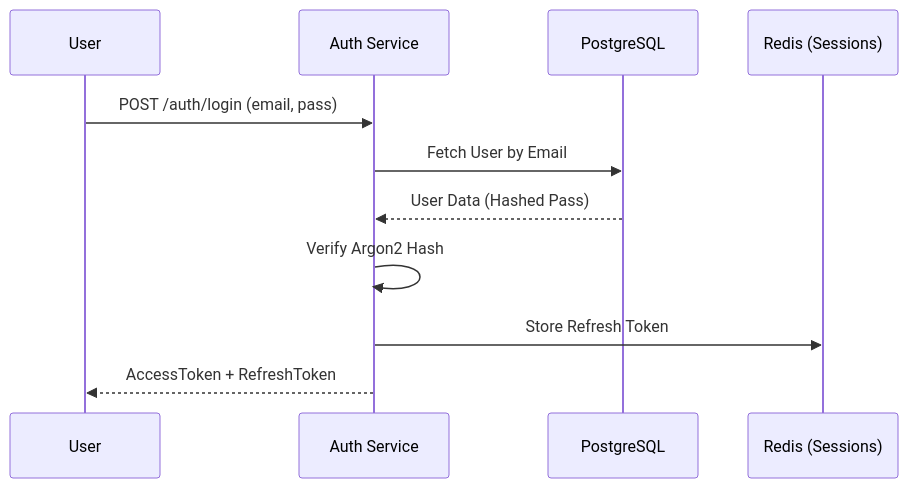
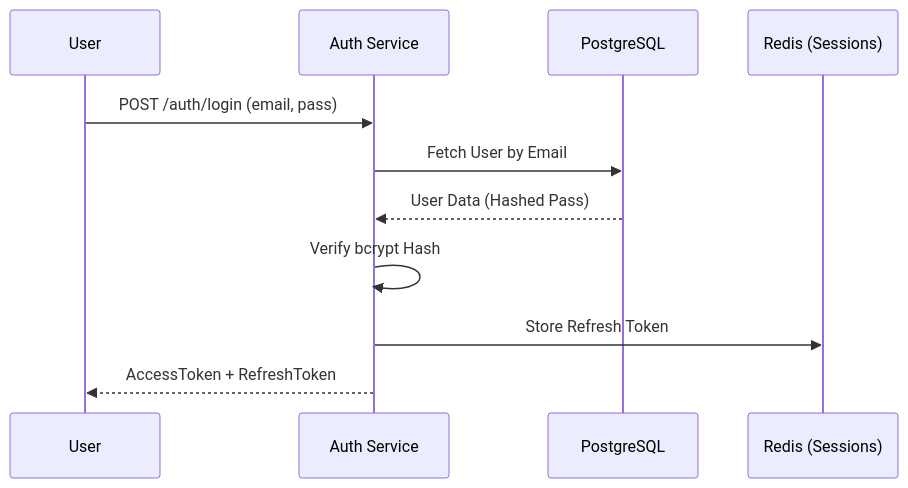
The diagram in apps/auth-service/README.md (RajdeepDevelopment/skyline-shop-commerceos-microservices), drawn with Mermaid before and after one commit. The commit also changed other lines of this file and 47 other files, not shown here.

````diff
--- a/apps/auth-service/README.md
+++ b/apps/auth-service/README.md
@@ -20,14 +20,14 @@
 ```mermaid
 sequenceDiagram
     participant U as User
     participant A as Auth Service
     participant DB as PostgreSQL
     participant R as Redis (Sessions)
 
     U->>A: POST /auth/login (email, pass)
     A->>DB: Fetch User by Email
     DB-->>A: User Data (Hashed Pass)
-    A->>A: Verify Argon2 Hash
+    A->>A: Verify bcrypt Hash
     A->>R: Store Refresh Token
     A-->>U: AccessToken + RefreshToken
 ```
````
